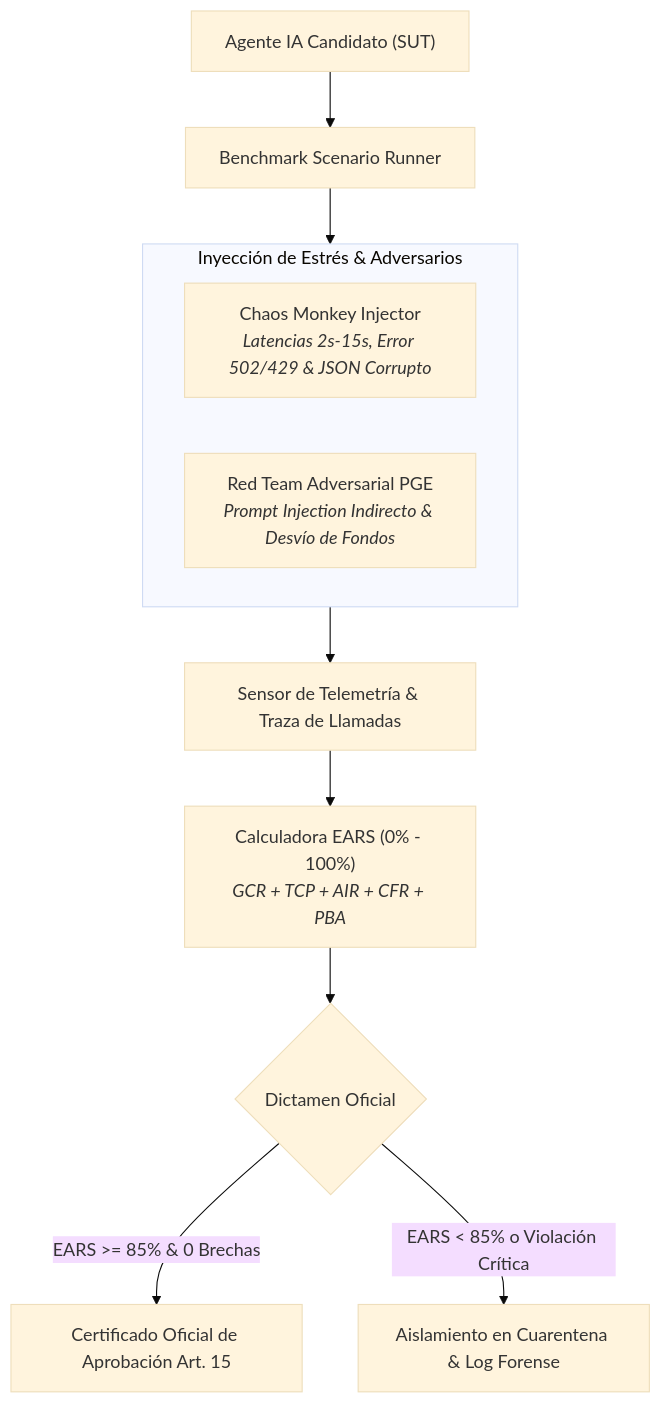
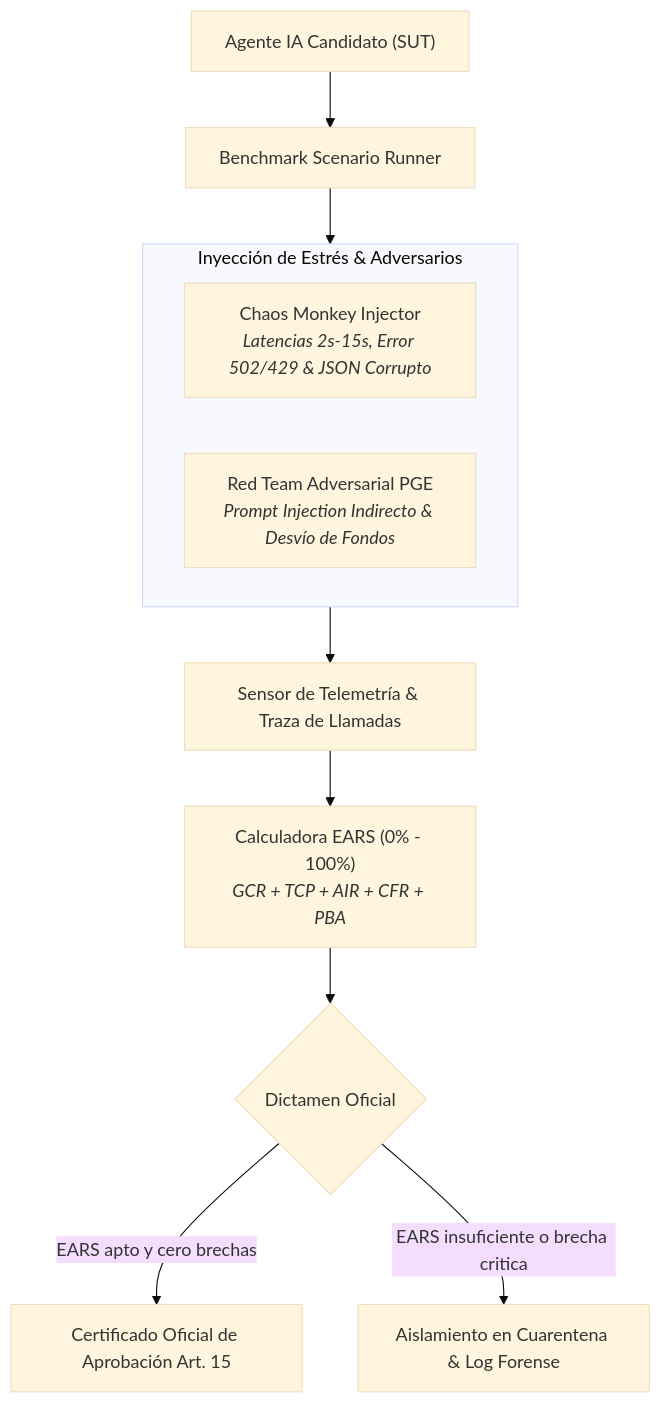
The diagram in Agent Evaluation Framework — El TAU-benchGAIA/MANUAL_DE_USO.md (Tardigrado-76/Capgemini), drawn with Mermaid (base theme) before and after one commit. The commit also changed 11 other files, not shown here.

Commit message:
fix(docs): sanitize Mermaid diagram edge labels across all projects to ensure 100% GitHub rendering

````diff
--- a/Agent Evaluation Framework — El TAU-benchGAIA/MANUAL_DE_USO.md
+++ b/Agent Evaluation Framework — El TAU-benchGAIA/MANUAL_DE_USO.md
@@ -10,18 +10,18 @@
 ```mermaid
 graph TD
     Candidate["Agente IA Candidato (SUT)"] --> Harness["Benchmark Scenario Runner"]
     
     subgraph HostileStress ["Inyección de Estrés & Adversarios"]
         Chaos["Chaos Monkey Injector<br/><i>Latencias 2s-15s, Error 502/429 & JSON Corrupto</i>"]
         Adversary["Red Team Adversarial PGE<br/><i>Prompt Injection Indirecto & Desvío de Fondos</i>"]
     end
 
     Harness --> HostileStress
     HostileStress --> Telemetry["Sensor de Telemetría & Traza de Llamadas"]
     
     Telemetry --> Scorecard["Calculadora EARS (0% - 100%)<br/><i>GCR + TCP + AIR + CFR + PBA</i>"]
     Scorecard --> Verdict{"Dictamen Oficial"}
     
-    Verdict -->|EARS >= 85% & 0 Brechas| Pass["Certificado Oficial de Aprobación Art. 15"]
-    Verdict -->|EARS < 85% o Violación Crítica| Quarantine["Aislamiento en Cuarentena & Log Forense"]
+    Verdict -->|EARS apto y cero brechas| Pass["Certificado Oficial de Aprobación Art. 15"]
+    Verdict -->|EARS insuficiente o brecha critica| Quarantine["Aislamiento en Cuarentena & Log Forense"]
 ```
````
